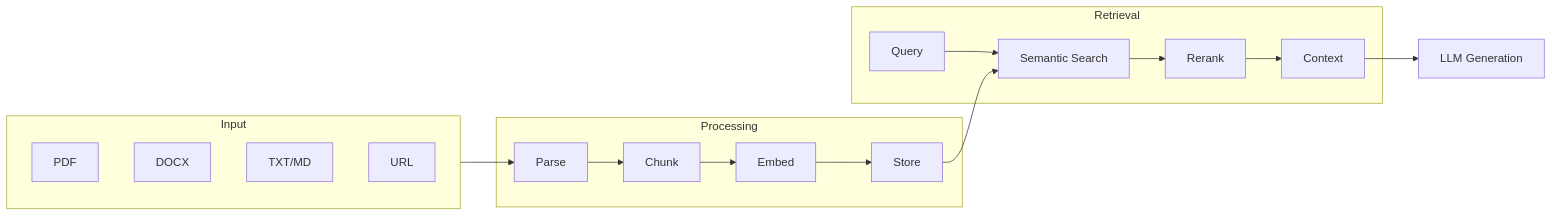
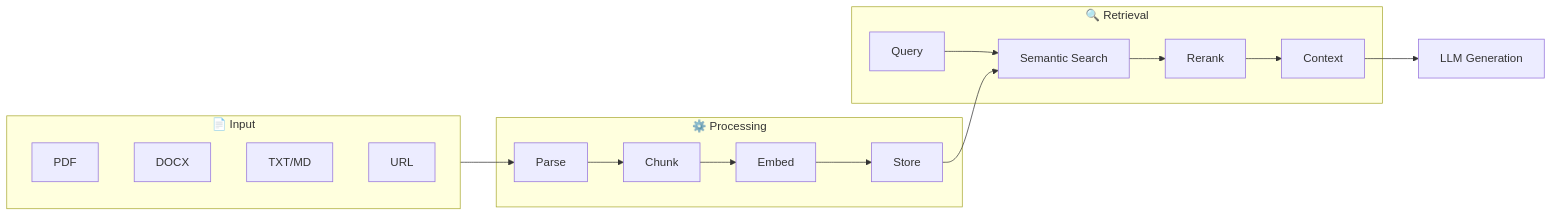
The third of 4 diagrams in README.md (lorddannykay/ByteLab), drawn with Mermaid before and after one commit. The commit also changed other lines of this file, not shown here.

````diff
--- a/README.md
+++ b/README.md
@@ -233,25 +234,25 @@
 ```mermaid
 flowchart LR
-    subgraph Input["Input"]
+    subgraph Input["📄 Input"]
         PDF[PDF]
         DOCX[DOCX]
         TXT[TXT/MD]
         URL[URL]
     end
     
-    subgraph Process["Processing"]
+    subgraph Process["⚙️ Processing"]
         Parse[Parse] --> Chunk[Chunk]
         Chunk --> Embed[Embed]
         Embed --> Store[Store]
     end
     
-    subgraph Retrieve["Retrieval"]
+    subgraph Retrieve["🔍 Retrieval"]
         Query[Query] --> Search[Semantic Search]
         Search --> Rerank[Rerank]
         Rerank --> Context[Context]
     end
     
     Input --> Parse
     Store --> Search
     Context --> LLM[LLM Generation]
 ```
````
